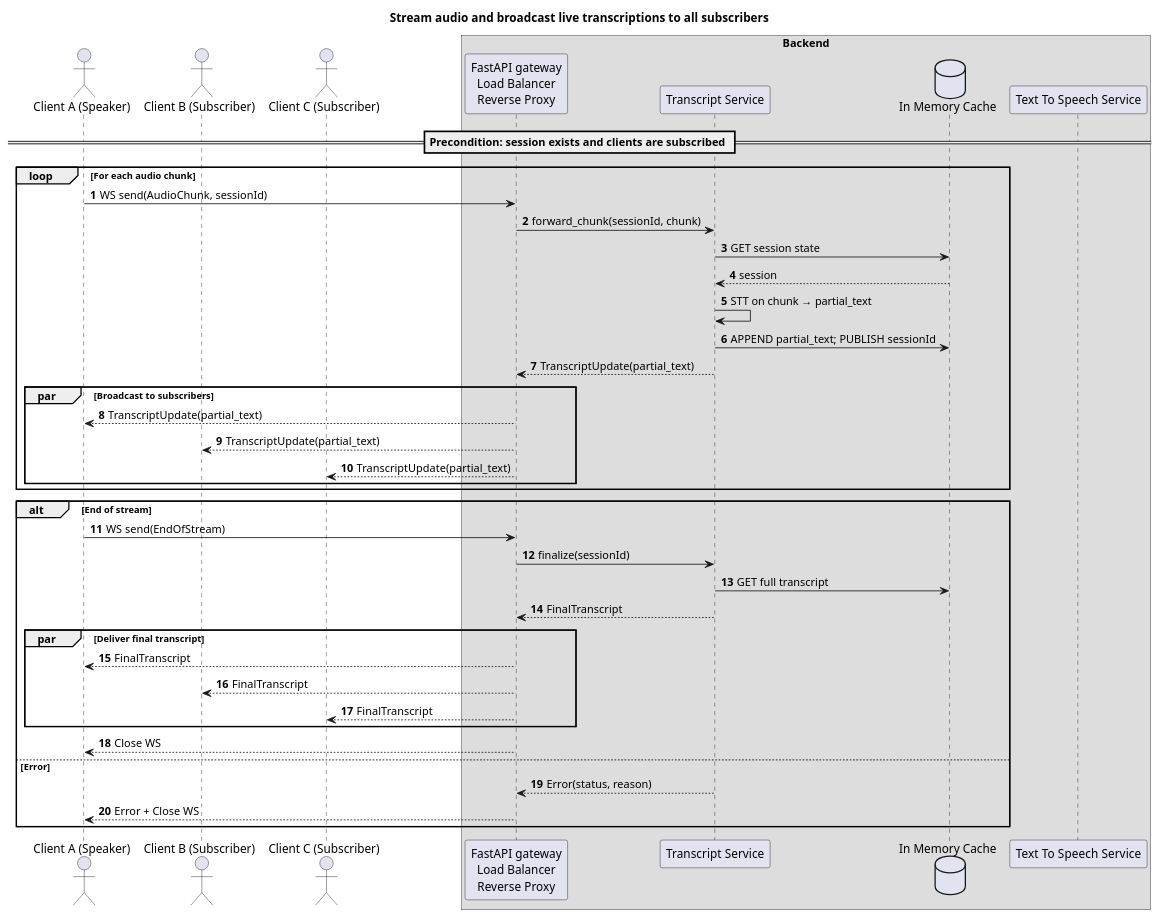
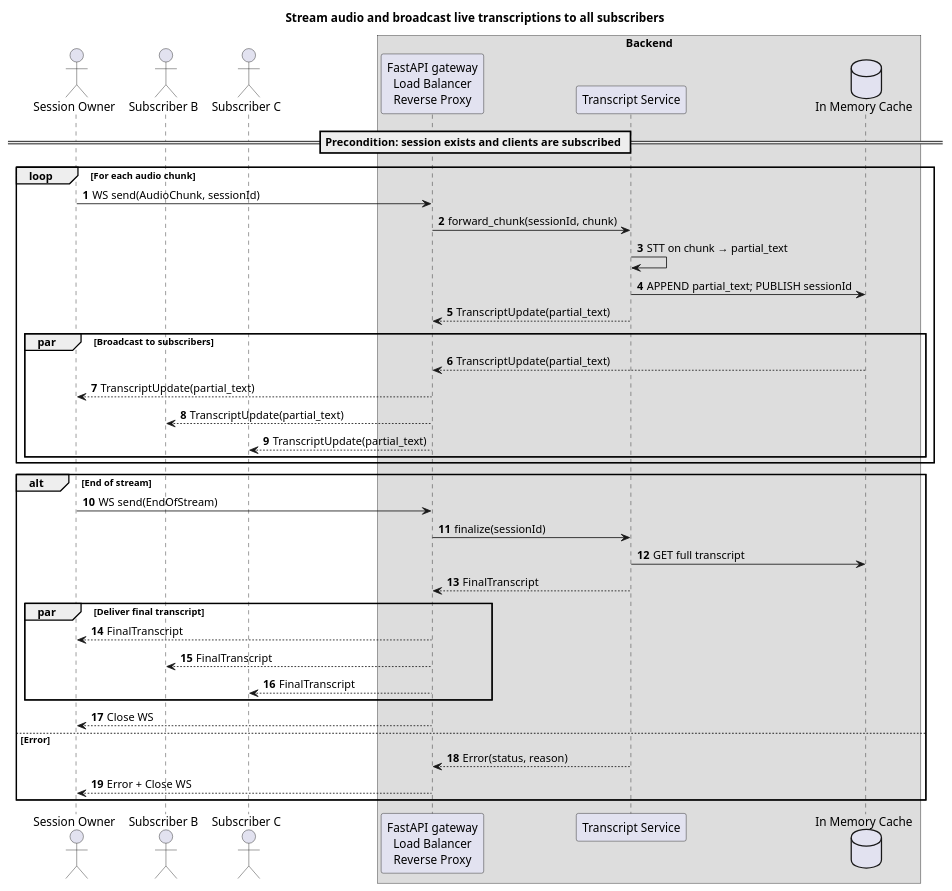
The diagram in docs/architecture/stream_audio_and_broadcast_live_transcriptions_to_all_subscribers.puml (SverreNystad/danish-stt), drawn with PlantUML before and after one commit. The commit also changed 1 other file, not shown here.

Commit message:
docs: changed uml

```diff
--- a/docs/architecture/stream_audio_and_broadcast_live_transcriptions_to_all_subscribers.puml
+++ b/docs/architecture/stream_audio_and_broadcast_live_transcriptions_to_all_subscribers.puml
@@ -1,49 +1,47 @@
 @startuml
 title Stream audio and broadcast live transcriptions to all subscribers
 autonumber
 
-actor "Client A (Speaker)" as ClientA
-actor "Client B (Subscriber)" as ClientB
-actor "Client C (Subscriber)" as ClientC
+actor "Session Owner" as Owner
+actor "Subscriber B" as SubscriberB
+actor "Subscriber C" as SubscriberC
 
 box "Backend"
 participant "FastAPI gateway\nLoad Balancer\nReverse Proxy" as FastAPIApp
 participant "Transcript Service" as TranscriptService
 database "In Memory Cache" as Cache
-participant "Text To Speech Service" as TTSService
 end box
 
 == Precondition: session exists and clients are subscribed ==
 
 loop For each audio chunk
-  ClientA -> FastAPIApp: WS send(AudioChunk, sessionId)
+  Owner -> FastAPIApp: WS send(AudioChunk, sessionId)
   FastAPIApp -> TranscriptService: forward_chunk(sessionId, chunk)
-  TranscriptService -> Cache: GET session state
-  Cache --> TranscriptService: session
   TranscriptService -> TranscriptService: STT on chunk → partial_text
   TranscriptService -> Cache: APPEND partial_text; PUBLISH sessionId
   TranscriptService --> FastAPIApp: TranscriptUpdate(partial_text)
 
   par Broadcast to subscribers
-    FastAPIApp --> ClientA: TranscriptUpdate(partial_text)
-    FastAPIApp --> ClientB: TranscriptUpdate(partial_text)
-    FastAPIApp --> ClientC: TranscriptUpdate(partial_text)
+    Cache --> FastAPIApp: TranscriptUpdate(partial_text)
+    FastAPIApp --> Owner: TranscriptUpdate(partial_text)
+    FastAPIApp --> SubscriberB: TranscriptUpdate(partial_text)
+    FastAPIApp --> SubscriberC: TranscriptUpdate(partial_text)
   end
 end
 
 alt End of stream
-  ClientA -> FastAPIApp: WS send(EndOfStream)
+  Owner -> FastAPIApp: WS send(EndOfStream)
   FastAPIApp -> TranscriptService: finalize(sessionId)
   TranscriptService -> Cache: GET full transcript
   TranscriptService --> FastAPIApp: FinalTranscript
   par Deliver final transcript
-    FastAPIApp --> ClientA: FinalTranscript
-    FastAPIApp --> ClientB: FinalTranscript
-    FastAPIApp --> ClientC: FinalTranscript
+    FastAPIApp --> Owner: FinalTranscript
+    FastAPIApp --> SubscriberB: FinalTranscript
+    FastAPIApp --> SubscriberC: FinalTranscript
   end
-  FastAPIApp --> ClientA: Close WS
+  FastAPIApp --> Owner: Close WS
 else Error
   TranscriptService --> FastAPIApp: Error(status, reason)
-  FastAPIApp --> ClientA: Error + Close WS
+  FastAPIApp --> Owner: Error + Close WS
 end
 @enduml
```
